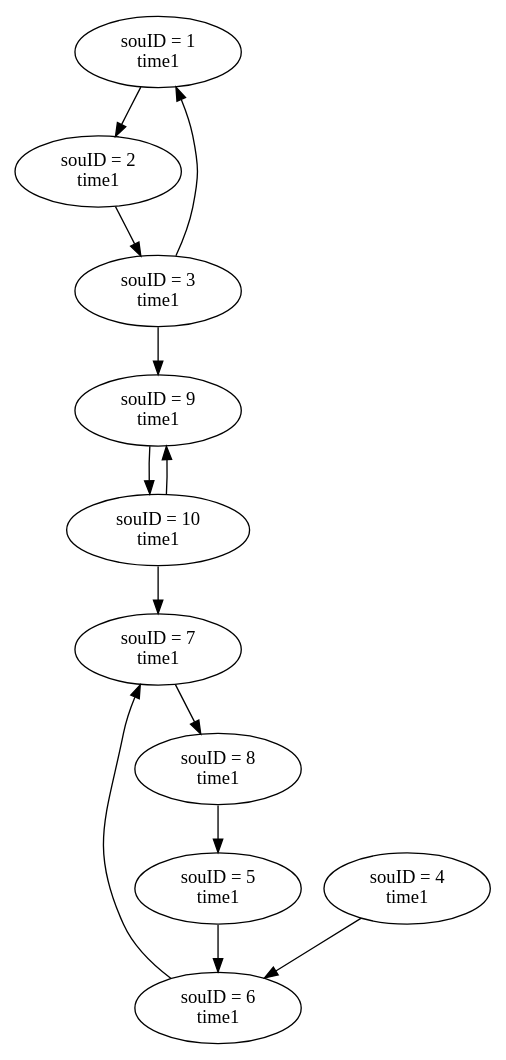
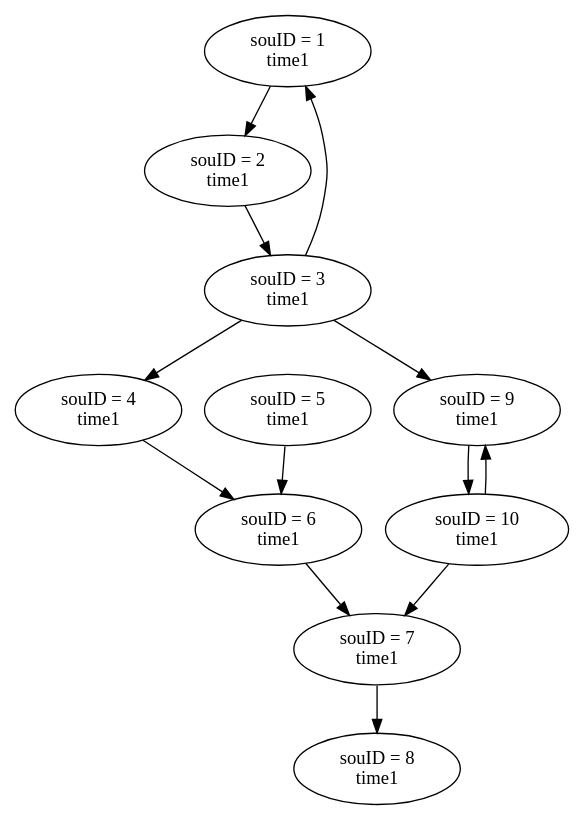
One commit to zzzzzec/work changed the diagram in gt/originGraph/graph1.gv. Above: the diagram before and after it, drawn with Graphviz. The commit also changed 38 other files, not shown here.

```diff
--- a/gt/originGraph/graph1.gv
+++ b/gt/originGraph/graph1.gv
@@ -1,35 +1,35 @@
 // OriginGraph1
 digraph {
 	1 [label="souID = 1
 time1"]
 	2 [label="souID = 2
 time1"]
 	3 [label="souID = 3
 time1"]
 	4 [label="souID = 4
 time1"]
 	5 [label="souID = 5
 time1"]
 	6 [label="souID = 6
 time1"]
 	7 [label="souID = 7
 time1"]
 	8 [label="souID = 8
 time1"]
 	9 [label="souID = 9
 time1"]
 	10 [label="souID = 10
 time1"]
 	1 -> 2
 	2 -> 3
 	3 -> 1
 	3 -> 9
+	3 -> 4
 	4 -> 6
 	5 -> 6
 	6 -> 7
 	7 -> 8
-	8 -> 5
 	9 -> 10
 	10 -> 9
 	10 -> 7
 }
```
